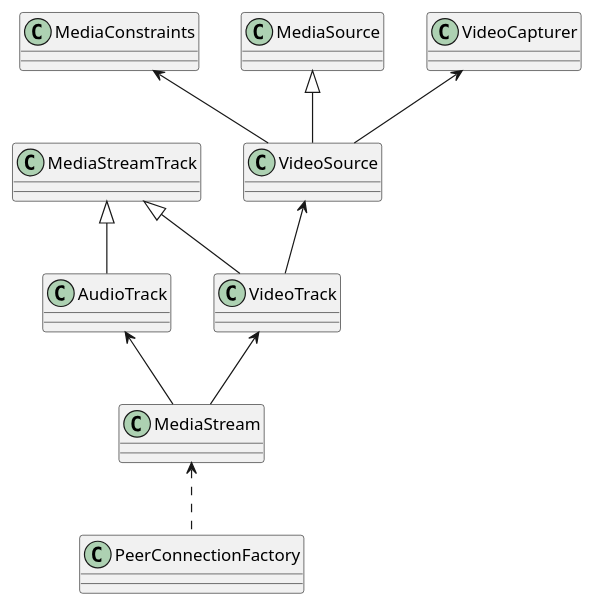
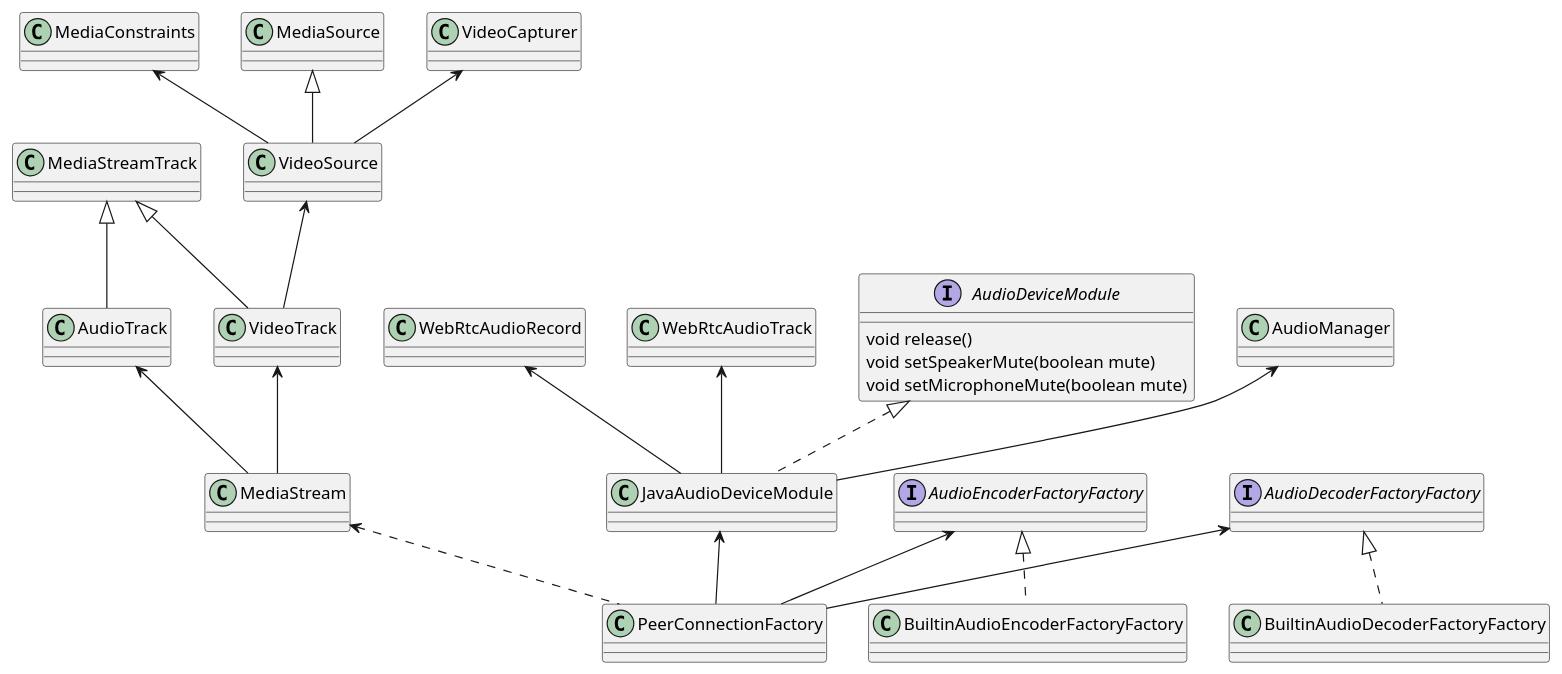
Before and after one commit to sunxiaodongme/accumulation: the diagram in programmer/media/WebRTC/Android/WebRTC_Android_Api_Class.wsd, drawn with PlantUML. The commit also changed 338 other files, not shown here.

```diff
--- a/programmer/media/WebRTC/Android/WebRTC_Android_Api_Class.wsd
+++ b/programmer/media/WebRTC/Android/WebRTC_Android_Api_Class.wsd
@@ -1,37 +1,73 @@
 @startuml WebRTC_Android_Api_Class
 
 /'PeerConnection所有资源创建工厂'/
 class PeerConnectionFactory {
 
 }
 
 MediaStream <.. PeerConnectionFactory
 
 /'媒体限制条件，创建媒体源时使用'/
 class MediaConstraints {
 
 }
 class MediaStream {
 
 }
 AudioTrack <-- MediaStream
 MediaStreamTrack <|-- AudioTrack
 
 VideoTrack <-- MediaStream
 MediaStreamTrack <|-- VideoTrack
 VideoSource <-- VideoTrack
 class VideoSource {
 
 }
 MediaSource <|-- VideoSource
 class MediaSource {
     
 }
 VideoCapturer <-- VideoSource
 MediaConstraints <-- VideoSource
 
 class MediaStreamTrack {
 
 }
 
+JavaAudioDeviceModule <-- PeerConnectionFactory
+/'音频设备模块'/
+class JavaAudioDeviceModule {
+
+}
+AudioDeviceModule <|.. JavaAudioDeviceModule
+interface AudioDeviceModule {
+    void release()
+    void setSpeakerMute(boolean mute)
+    void setMicrophoneMute(boolean mute)
+}
+AudioManager <-- JavaAudioDeviceModule
+/'音量和响铃模式的控制'/
+class AudioManager {
+
+}
+WebRtcAudioRecord <-- JavaAudioDeviceModule
+/'音频录制（输入）'/
+class WebRtcAudioRecord {
+
+}
+/'音频播放（输出）'/
+WebRtcAudioTrack <-- JavaAudioDeviceModule
+AudioEncoderFactoryFactory <-- PeerConnectionFactory
+/'音频编码器'/
+interface AudioEncoderFactoryFactory {
+
+}
+AudioEncoderFactoryFactory <|.. BuiltinAudioEncoderFactoryFactory
+AudioDecoderFactoryFactory <-- PeerConnectionFactory
+/'音频解码器'/
+interface AudioDecoderFactoryFactory {
+
+}
+AudioDecoderFactoryFactory <|.. BuiltinAudioDecoderFactoryFactory
+
 @enduml
```
